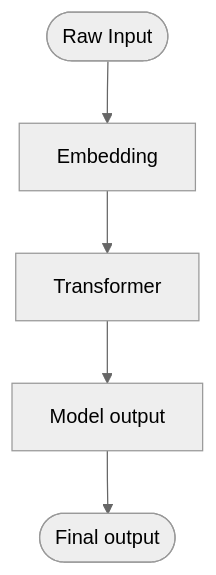
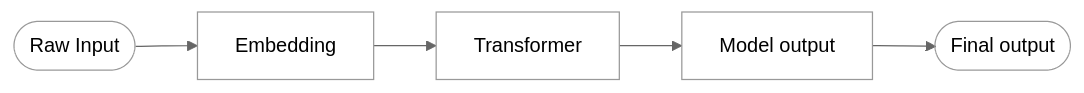
Before and after one commit to Yiheng-Yu/personal-website: the first of 6 diagrams in content/posts/transformers-pt-2/index.md, drawn with Mermaid (neutral theme). The commit also changed other lines of this file and 9 other files, not shown here.

```diff
--- a/content/posts/transformers-pt-2/index.md
+++ b/content/posts/transformers-pt-2/index.md
@@ -29,7 +30,8 @@
 {{< mermaid config="theme:mc">}}
-flowchart
+flowchart LR
     n1(["Raw Input"]) --> n2["Embedding"]
     n2 --> n3["Transformer"]
     n3 --> n4["Model output"]
     n4 --> n5(["Final output"])
+    classDef default fill: transparent, bg-color: transparent
 {{< /mermaid >}}
```
